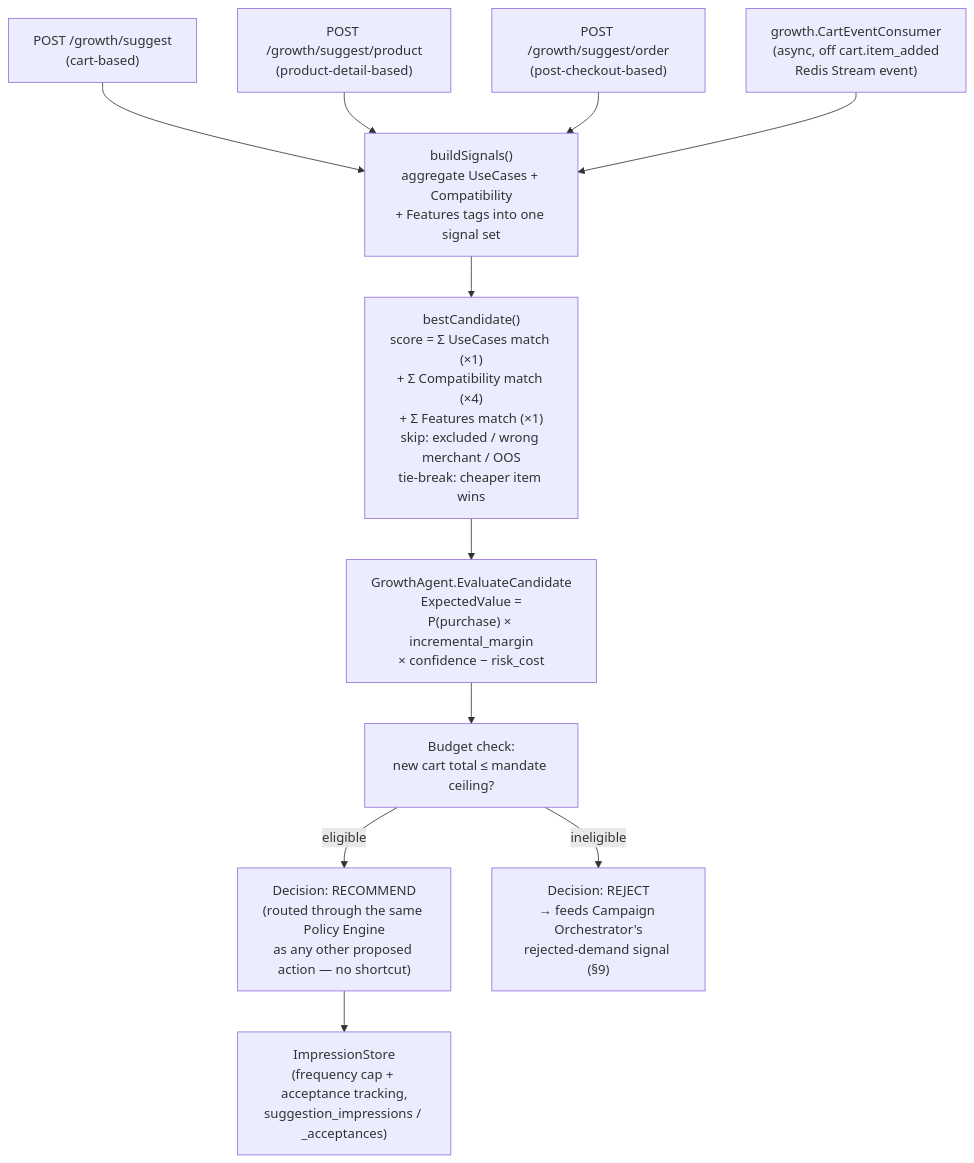
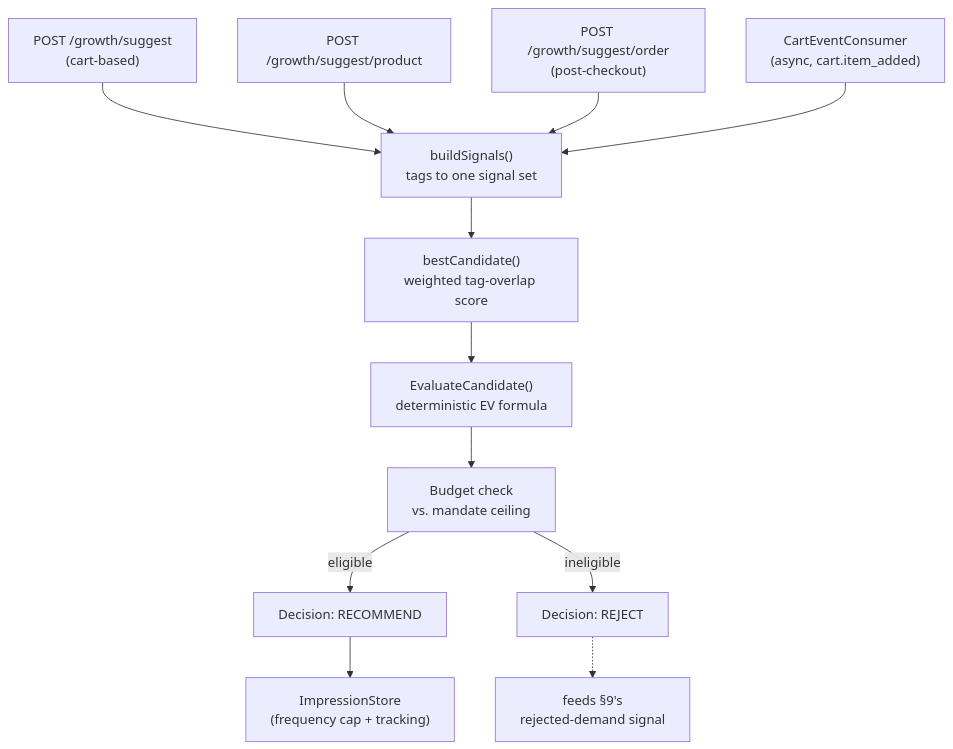
The seventh of 10 diagrams in files/ARCHITECTURE.md (GarineSaiAjay/commerceos), drawn with Mermaid before and after one commit. The commit also changed other lines of this file, not shown here.

First line of the commit message:
docs(files): fix distorted Mermaid rendering in ARCHITECTURE.md

````diff
--- a/files/ARCHITECTURE.md
+++ b/files/ARCHITECTURE.md
@@ -317,18 +334,17 @@
 ```mermaid
 flowchart TB
-    E1["POST /growth/suggest<br/>(cart-based)"] --> BS[buildSignals]
-    E2["POST /growth/suggest/product<br/>(product-detail-based)"] --> BS
-    E3["POST /growth/suggest/order<br/>(post-checkout-based)"] --> BS
-    E4["growth.CartEventConsumer<br/>(async, off cart.item_added<br/>Redis Stream event)"] --> BS
+    E1["POST /growth/suggest<br/>(cart-based)"] --> BS
+    E2["POST /growth/suggest/product"] --> BS
+    E3["POST /growth/suggest/order<br/>(post-checkout)"] --> BS
+    E4["CartEventConsumer<br/>(async, cart.item_added)"] --> BS
 
-    BS["buildSignals()<br/>aggregate UseCases + Compatibility<br/>+ Features tags into one signal set"] --> BC
+    BS["buildSignals()<br/>tags to one signal set"] --> BC
+    BC["bestCandidate()<br/>weighted tag-overlap score"] --> EV
+    EV["EvaluateCandidate()<br/>deterministic EV formula"] --> Budget
+    Budget["Budget check<br/>vs. mandate ceiling"]
+    Budget -->|eligible| Decision["Decision: RECOMMEND"]
+    Budget -->|ineligible| Reject["Decision: REJECT"]
 
-    BC["bestCandidate()<br/>score = Σ UseCases match (×1)<br/>+ Σ Compatibility match (×4)<br/>+ Σ Features match (×1)<br/>skip: excluded / wrong merchant / OOS<br/>tie-break: cheaper item wins"]
-
-    BC --> EV["GrowthAgent.EvaluateCandidate<br/>ExpectedValue =<br/>P(purchase) × incremental_margin<br/>× confidence − risk_cost"]
-    EV --> Budget["Budget check:<br/>new cart total ≤ mandate ceiling?"]
-    Budget -->|eligible| Decision["Decision: RECOMMEND<br/>(routed through the same Policy Engine<br/>as any other proposed action — no shortcut)"]
-    Budget -->|ineligible| Reject["Decision: REJECT<br/>→ feeds Campaign Orchestrator's<br/>rejected-demand signal (§9)"]
-
-    Decision --> Impressions["ImpressionStore<br/>(frequency cap + acceptance tracking,\nsuggestion_impressions / _acceptances)"]
+    Decision --> Impressions["ImpressionStore<br/>(frequency cap + tracking)"]
+    Reject -.-> CampaignSignal["feeds §9's<br/>rejected-demand signal"]
 ```
````
